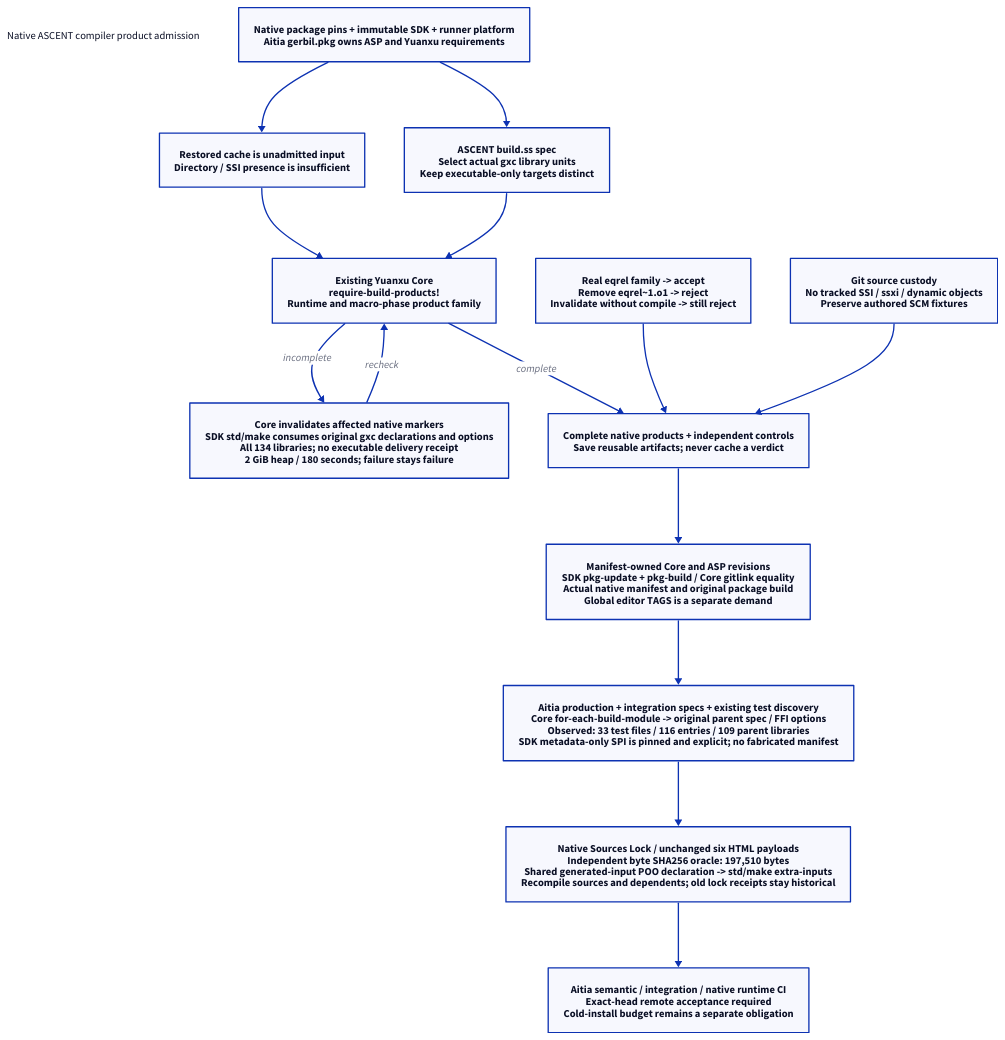
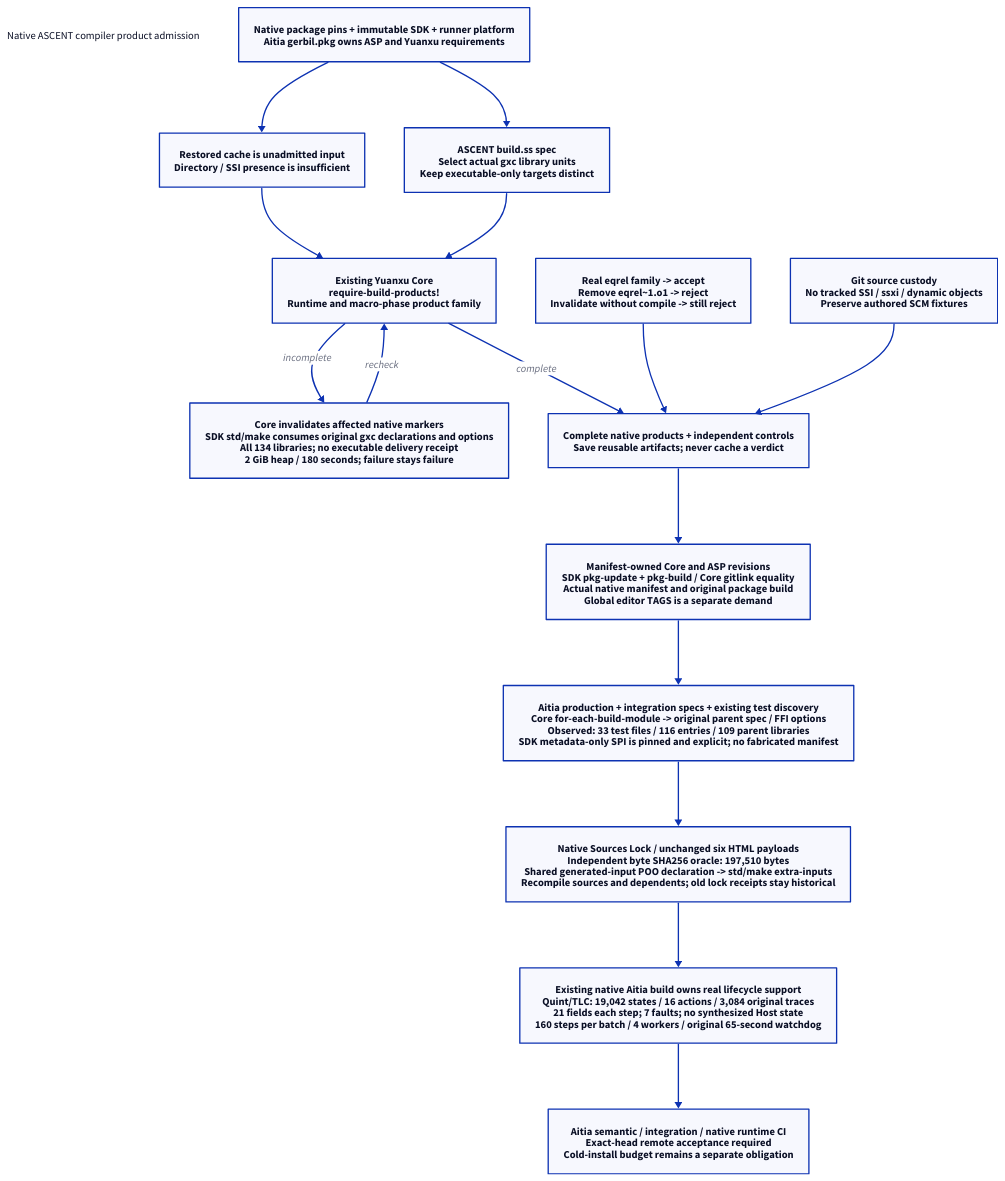
Before and after one commit to hardenedlinux/deterministic-engineering: the diagram in docs/90-99-views/90-architecture-views/90.114-native-ascent-compiler-product-admission.d2, drawn with D2. The commit also changed 3 other files, not shown here.

Commit message:
Record native lifecycle replay ownership and advance Aitia pin

```diff
--- a/docs/90-99-views/90-architecture-views/90.114-native-ascent-compiler-product-admission.d2
+++ b/docs/90-99-views/90-architecture-views/90.114-native-ascent-compiler-product-admission.d2
@@ -1,29 +1,31 @@
 # org-target: docs/10-19-design/10-architecture/10.125-native-ascent-compiler-product-admission.org::#native125-scope
 # render-layout: elk; theme: 0; pad: 24
 direction: down
 title: "Native ASCENT compiler product admission" {shape: text}
 inputs: "Native package pins + immutable SDK + runner platform\nAitia gerbil.pkg owns ASP and Yuanxu requirements"
 cache: "Restored cache is unadmitted input\nDirectory / SSI presence is insufficient"
 spec: "ASCENT build.ss spec\nSelect actual gxc library units\nKeep executable-only targets distinct"
 core: "Existing Yuanxu Core\nrequire-build-products!\nRuntime and macro-phase product family"
 repair: "Core invalidates affected native markers\nSDK std/make consumes original gxc declarations and options\nAll 134 libraries; no executable delivery receipt\n2 GiB heap / 180 seconds; failure stays failure"
 negative: "Real eqrel family -> accept\nRemove eqrel~1.o1 -> reject\nInvalidate without compile -> still reject"
 source: "Git source custody\nNo tracked SSI / ssxi / dynamic objects\nPreserve authored SCM fixtures"
 admit: "Complete native products + independent controls\nSave reusable artifacts; never cache a verdict"
 asp: "Manifest-owned Core and ASP revisions\nSDK pkg-update + pkg-build / Core gitlink equality\nActual native manifest and original package build\nGlobal editor TAGS is a separate demand"
 parent: "Aitia production + integration specs + existing test discovery\nCore for-each-build-module -> original parent spec / FFI options\nObserved: 33 test files / 116 entries / 109 parent libraries\nSDK metadata-only SPI is pinned and explicit; no fabricated manifest"
 lock: "Native Sources Lock / unchanged six HTML payloads\nIndependent byte SHA256 oracle: 197,510 bytes\nShared generated-input POO declaration -> std/make extra-inputs\nRecompile sources and dependents; old lock receipts stay historical"
+lifecycle: "Existing native Aitia build owns real lifecycle support\nQuint/TLC: 19,042 states / 16 actions / 3,084 original traces\n21 fields each step; 7 faults; no synthesized Host state\n160 steps per batch / 4 workers / original 65-second watchdog"
 consumer: "Aitia semantic / integration / native runtime CI\nExact-head remote acceptance required\nCold-install budget remains a separate obligation"
 inputs -> cache
 inputs -> spec
 cache -> core
 spec -> core
 core -> repair: "incomplete"
 repair -> core: "recheck"
 core -> admit: "complete"
 negative -> admit
 source -> admit
 admit -> asp
 asp -> parent
 parent -> lock
-lock -> consumer
+lock -> lifecycle
+lifecycle -> consumer
```
